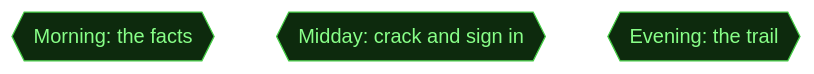
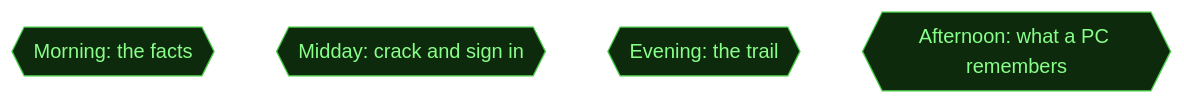
One commit to cliffe/BreakEscape changed the second of 5 diagrams in scenarios/demo_ops_passwords/dungeon_graph.md. Above: the diagram before and after it, drawn with Mermaid. The commit also changed other lines of this file and 15 other files, not shown here.

````diff
--- a/scenarios/demo_ops_passwords/dungeon_graph.md
+++ b/scenarios/demo_ops_passwords/dungeon_graph.md
@@ -177,25 +223,26 @@
 ```mermaid
 flowchart TD
 
   classDef room      fill:#0f2d2d,stroke:#22ddcc,color:#a0ffee
   classDef lock      fill:#2d0f0f,stroke:#e66060,color:#ffa0a0
   classDef key       fill:#2d0812,stroke:#e66060,color:#ffa0a0
   classDef item      fill:#2d1200,stroke:#e89030,color:#ffcc80
   classDef gate      fill:#111,stroke:#666,color:#eee
   classDef vm        fill:#0c1f40,stroke:#4a90d9,color:#a0c8ff
   classDef flag      fill:#1a0c2d,stroke:#9060d0,color:#cc99ff
   classDef action    fill:#1a1200,stroke:#cc9922,color:#ffee88
   classDef aim       fill:#0d2a0d,stroke:#44cc44,color:#88ff88
   classDef aim_gate  fill:#111111,stroke:#44cc44,color:#44cc44
   classDef container fill:#1a2d1a,stroke:#60b060,color:#a0e0a0
   classDef npc       fill:#2d1f0d,stroke:#d0a050,color:#ffe0a0
   classDef critical  fill:#2a1500,stroke:#ffaa00,color:#ffdd88
   classDef start     fill:#003322,stroke:#00ffaa,color:#00ffaa
 
   aim_morning{{"Morning: the facts"}}
   aim_midday{{"Midday: crack and sign in"}}
   aim_evening{{"Evening: the trail"}}
+  aim_afternoon_cache{{"Afternoon: what a PC remembers"}}
 
 
-  class aim_morning,aim_midday,aim_evening aim
+  class aim_morning,aim_midday,aim_evening,aim_afternoon_cache aim
 ```
````
